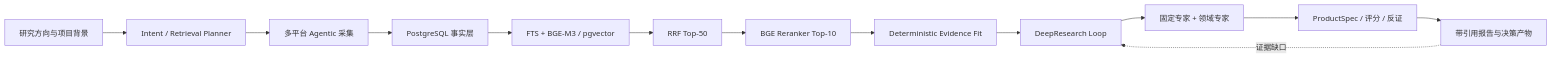
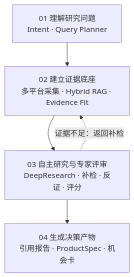
Before and after one commit to gaoming-a/OppScout-showcase: the diagram in README.md, drawn with Mermaid. The commit also changed other lines of this file, not shown here.

Commit message:
docs: simplify end-to-end workflow

````diff
--- a/README.md
+++ b/README.md
@@ -44,15 +44,10 @@
 ```mermaid
-flowchart LR
-    A["研究方向与项目背景"] --> B["Intent / Retrieval Planner"]
-    B --> C["多平台 Agentic 采集"]
-    C --> D["PostgreSQL 事实层"]
-    D --> E["FTS + BGE-M3 / pgvector"]
-    E --> F["RRF Top-50"]
-    F --> G["BGE Reranker Top-10"]
-    G --> H["Deterministic Evidence Fit"]
-    H --> I["DeepResearch Loop"]
-    I --> J["固定专家 + 领域专家"]
-    J --> K["ProductSpec / 评分 / 反证"]
-    K --> L["带引用报告与决策产物"]
-    L -.证据缺口.-> I
+flowchart TB
+    A["01 理解研究问题<br/>Intent · Query Planner"]
+    B["02 建立证据底座<br/>多平台采集 · Hybrid RAG · Evidence Fit"]
+    C["03 自主研究与专家评审<br/>DeepResearch · 补检 · 反证 · 评分"]
+    D["04 生成决策产物<br/>引用报告 · ProductSpec · 机会卡"]
+
+    A --> B --> C --> D
+    C -. "证据不足：返回补检" .-> B
 ```
````
